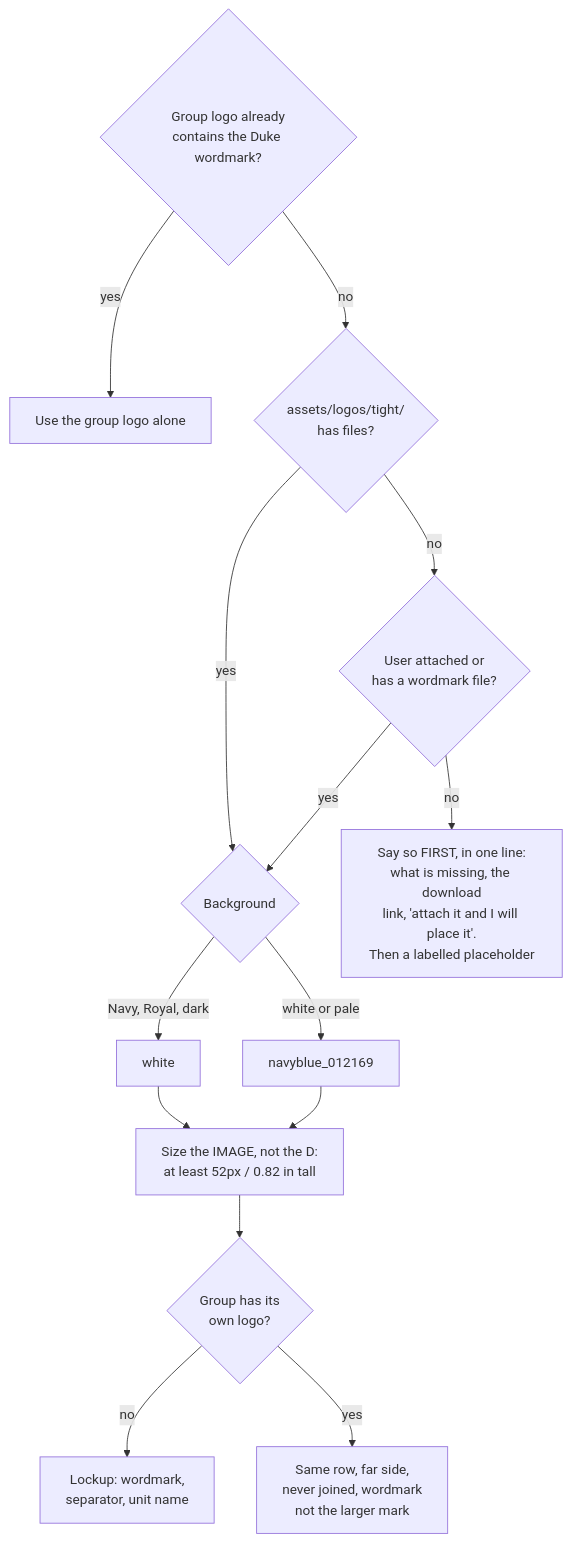
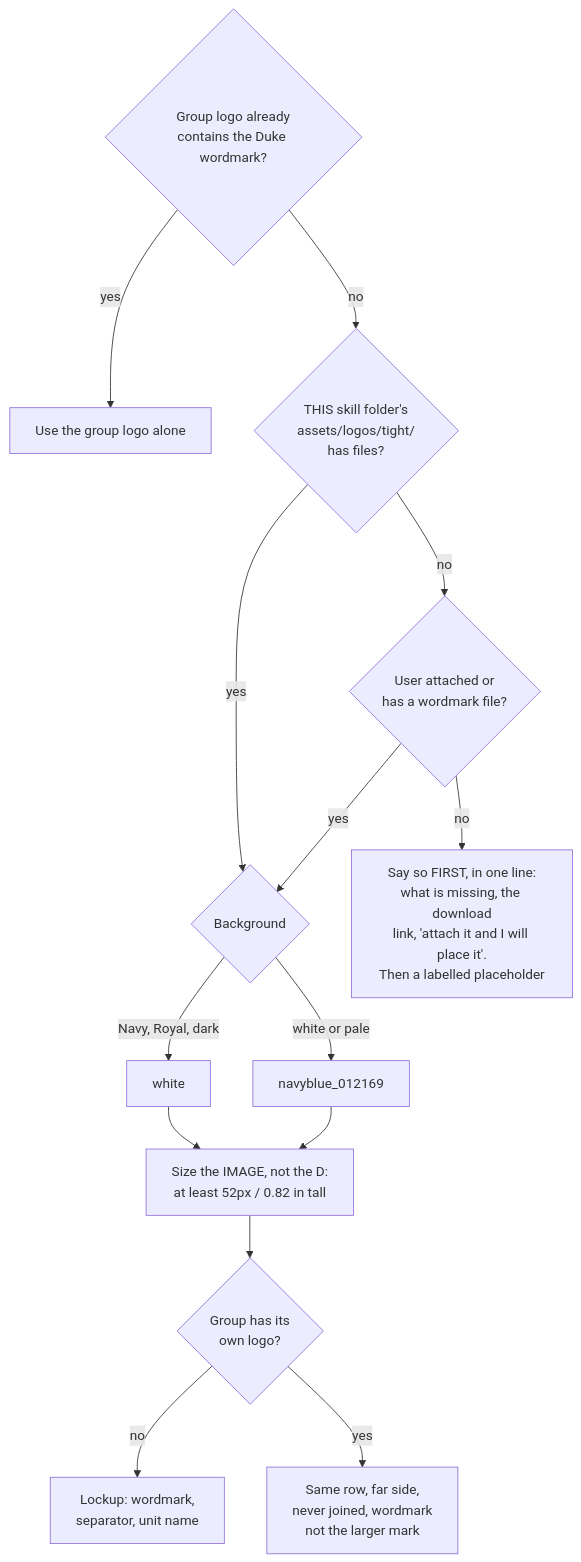
Before and after one commit to wjshamblin/duke-branding: the fourth of 4 diagrams in SKILL.md, drawn with Mermaid. The commit also changed other lines of this file, not shown here.

Commit message:
fix: anchor the wordmark lookup to the skill's own folder

````diff
--- a/SKILL.md
+++ b/SKILL.md
@@ -193,16 +193,16 @@
 ```mermaid
 flowchart TD
     A{"Group logo already<br/>contains the Duke wordmark?"} -->|yes| B[Use the group logo alone]
-    A -->|no| C{"assets/logos/tight/<br/>has files?"}
+    A -->|no| C{"THIS skill folder's<br/>assets/logos/tight/<br/>has files?"}
     C -->|no| U{"User attached or<br/>has a wordmark file?"}
     U -->|yes| E
     U -->|no| D["Say so FIRST, in one line:<br/>what is missing, the download<br/>link, 'attach it and I will place it'.<br/>Then a labelled placeholder"]
     C -->|yes| E{Background}
     E -->|white or pale| F[navyblue_012169]
     E -->|Navy, Royal, dark| G[white]
     F --> H["Size the IMAGE, not the D:<br/>at least 52px / 0.82 in tall"]
     G --> H
     H --> I{Group has its<br/>own logo?}
     I -->|no| J[Lockup: wordmark,<br/>separator, unit name]
     I -->|yes| K[Same row, far side,<br/>never joined, wordmark<br/>not the larger mark]
 ```
````
